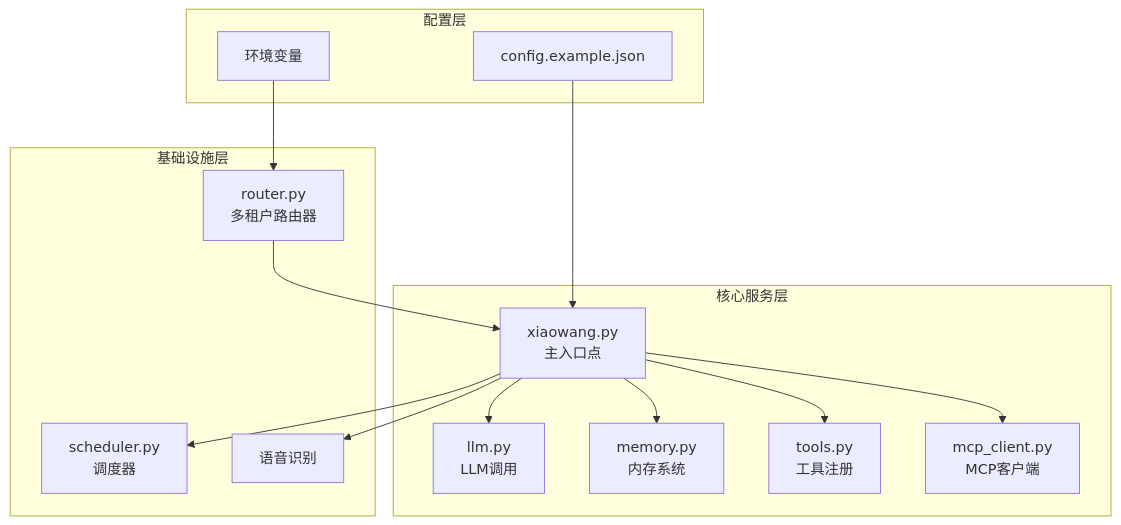
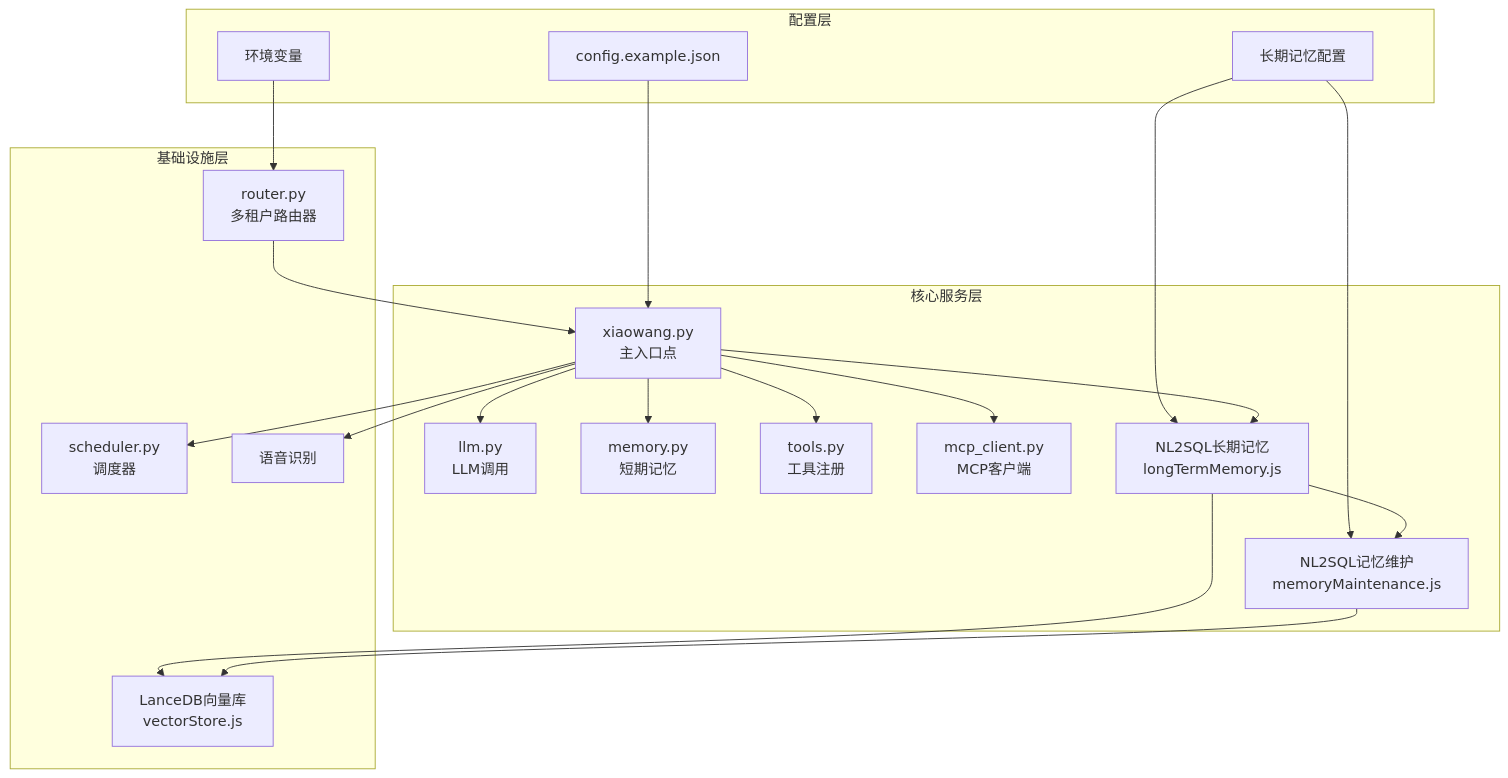
Before and after one commit to HanHuiOnLine/724-office: the first of 20 diagrams in .qoder/repowiki/zh/content/配置管理/配置管理.md, drawn with Mermaid. The commit also changed other lines of this file and 14 other files, not shown here.

Commit message:
优化意图识别

````diff
--- a/.qoder/repowiki/zh/content/配置管理/配置管理.md
+++ b/.qoder/repowiki/zh/content/配置管理/配置管理.md
@@ -40,28 +45,38 @@
 ```mermaid
 graph TB
 subgraph "配置层"
 Config[config.example.json]
 Env[环境变量]
+LongTermConfig[长期记忆配置]
 end
 subgraph "核心服务层"
 Agent[xiaowang.py<br/>主入口点]
 LLM[llm.py<br/>LLM调用]
-Memory[memory.py<br/>内存系统]
+Memory[memory.py<br/>短期记忆]
 Tools[tools.py<br/>工具注册]
 MCP[mcp_client.py<br/>MCP客户端]
+LongTermMemory[NL2SQL长期记忆<br/>longTermMemory.js]
+MemoryMaintenance[NL2SQL记忆维护<br/>memoryMaintenance.js]
 end
 subgraph "基础设施层"
 Router[router.py<br/>多租户路由器]
 Scheduler[scheduler.py<br/>调度器]
 ASR[语音识别]
+VectorDB[LanceDB向量库<br/>vectorStore.js]
 end
 Config --> Agent
 Env --> Router
+LongTermConfig --> LongTermMemory
+LongTermConfig --> MemoryMaintenance
 Agent --> LLM
 Agent --> Memory
 Agent --> Tools
 Agent --> MCP
+Agent --> LongTermMemory
+LongTermMemory --> MemoryMaintenance
+LongTermMemory --> VectorDB
+MemoryMaintenance --> VectorDB
 Agent --> Scheduler
 Agent --> ASR
 Router --> Agent
 ```
````
